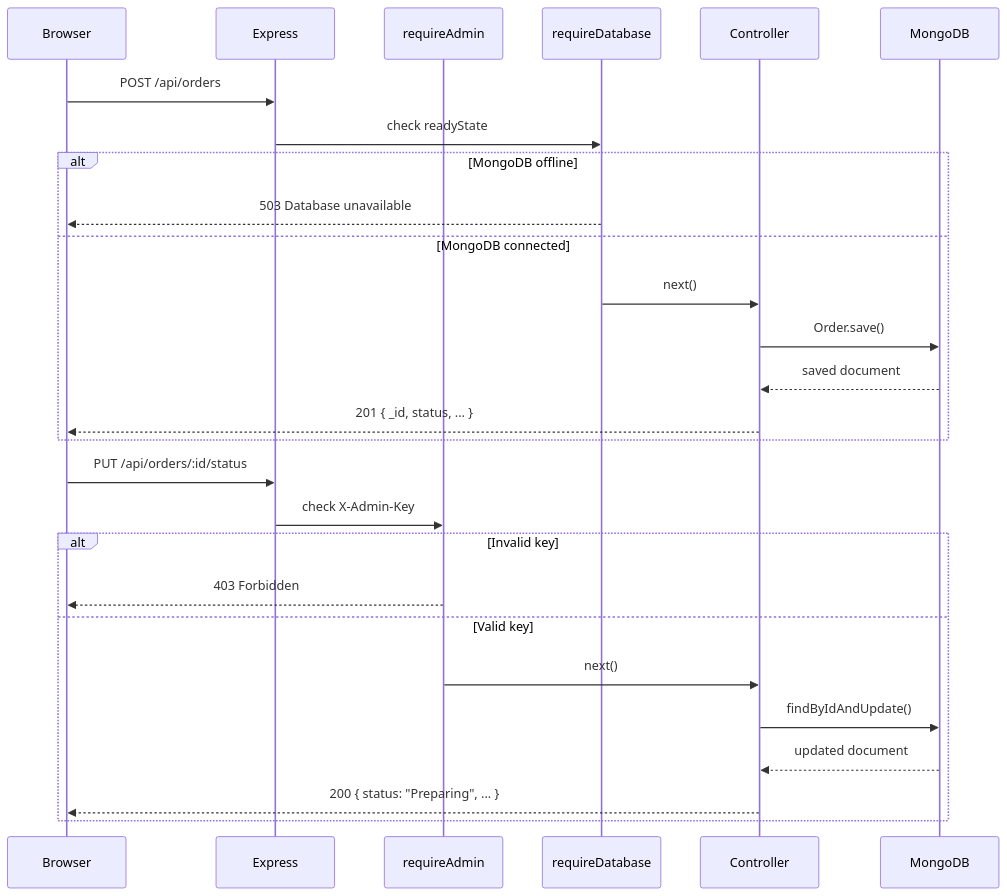
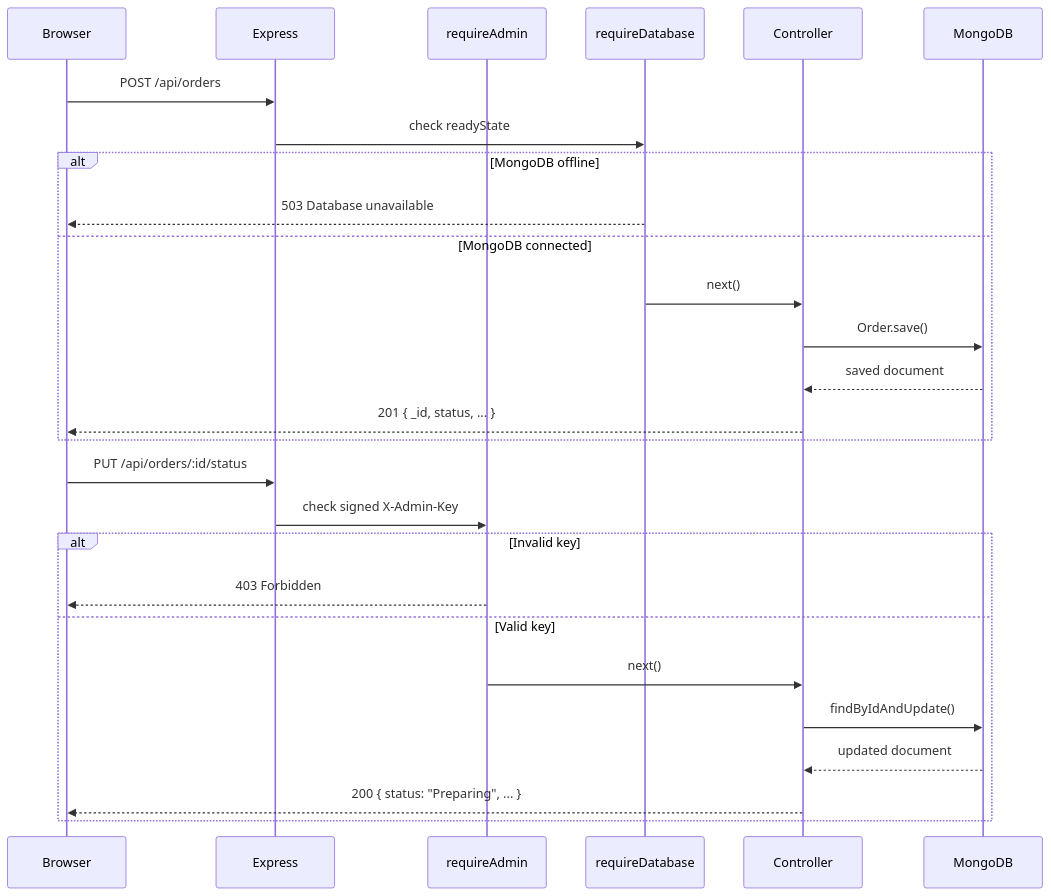
The fourth of 6 diagrams in TECHNICAL_REPORT.md (chiqqo/FloraDesigner-Final), drawn with Mermaid before and after one commit. The commit also changed other lines of this file and 12 other files, not shown here.

````diff
--- a/TECHNICAL_REPORT.md
+++ b/TECHNICAL_REPORT.md
@@ -306,31 +306,31 @@
 ```mermaid
 sequenceDiagram
     participant Browser
     participant Express
     participant requireAdmin
     participant requireDatabase
     participant Controller
     participant MongoDB
 
     Browser->>Express: POST /api/orders
     Express->>requireDatabase: check readyState
     alt MongoDB offline
         requireDatabase-->>Browser: 503 Database unavailable
     else MongoDB connected
         requireDatabase->>Controller: next()
         Controller->>MongoDB: Order.save()
         MongoDB-->>Controller: saved document
         Controller-->>Browser: 201 { _id, status, ... }
     end
 
     Browser->>Express: PUT /api/orders/:id/status
-    Express->>requireAdmin: check X-Admin-Key
+    Express->>requireAdmin: check signed X-Admin-Key
     alt Invalid key
         requireAdmin-->>Browser: 403 Forbidden
     else Valid key
         requireAdmin->>Controller: next()
         Controller->>MongoDB: findByIdAndUpdate()
         MongoDB-->>Controller: updated document
         Controller-->>Browser: 200 { status: "Preparing", ... }
     end
 ```
````
